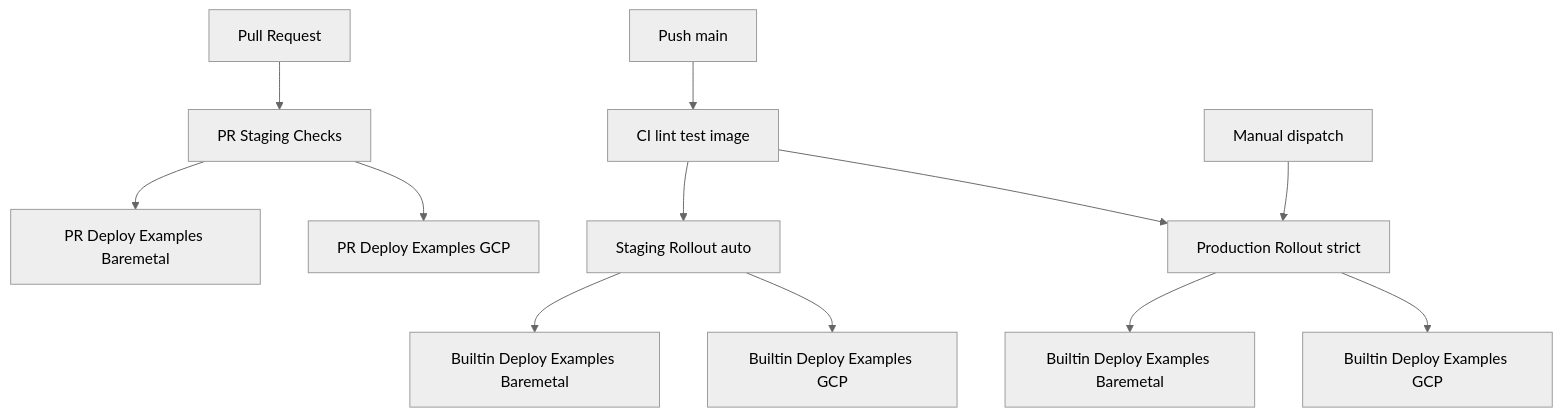
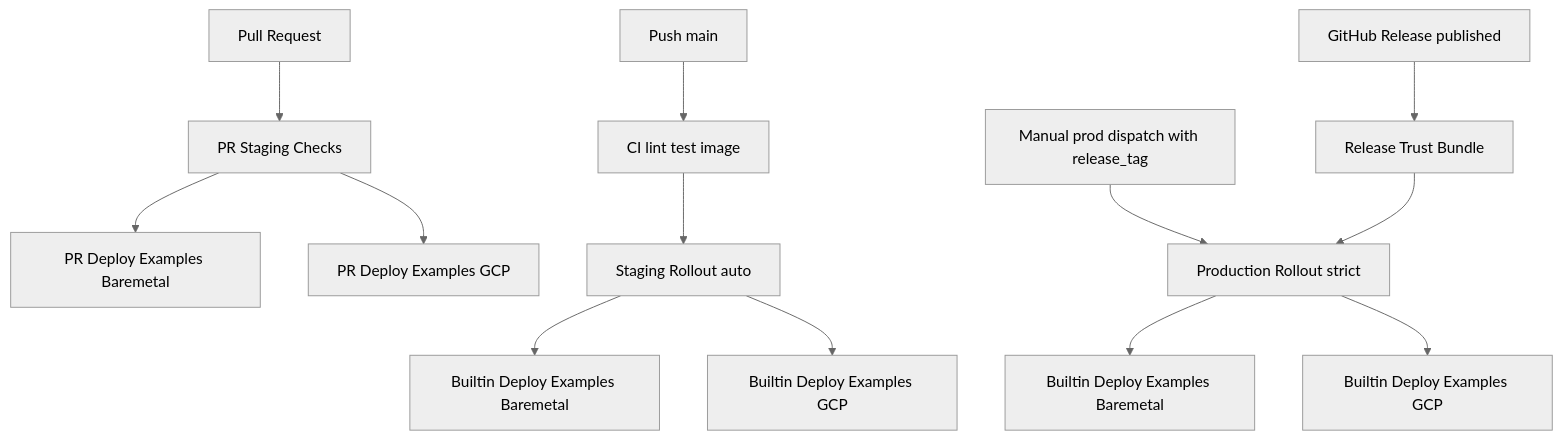
The diagram in docs/CI_CD_NETWORKS.md (easyenclave/easyenclave), drawn with Mermaid (neutral theme) before and after one commit. The commit also changed other lines of this file and 6 other files, not shown here.

Commit message:
ci: gate production rollout on release trust bundles

````diff
--- a/docs/CI_CD_NETWORKS.md
+++ b/docs/CI_CD_NETWORKS.md
@@ -14,14 +14,15 @@
 ```mermaid
 flowchart TD
     PR["Pull Request"] --> PRCHK["PR Staging Checks"]
     PRCHK --> PRBM["PR Deploy Examples Baremetal"]
     PRCHK --> PRGCP["PR Deploy Examples GCP"]
     MAIN["Push main"] --> CI["CI lint test image"]
     CI --> STG["Staging Rollout auto"]
     STG --> BM["Builtin Deploy Examples Baremetal"]
     STG --> GCP["Builtin Deploy Examples GCP"]
-    CI --> PROD["Production Rollout strict"]
-    REL["Manual dispatch"] --> PROD
+    REL["GitHub Release published"] --> RTB["Release Trust Bundle"]
+    MANUAL["Manual prod dispatch with release_tag"] --> PROD["Production Rollout strict"]
+    RTB --> PROD
     PROD --> PBM["Builtin Deploy Examples Baremetal"]
     PROD --> PGCP["Builtin Deploy Examples GCP"]
 ```
````
